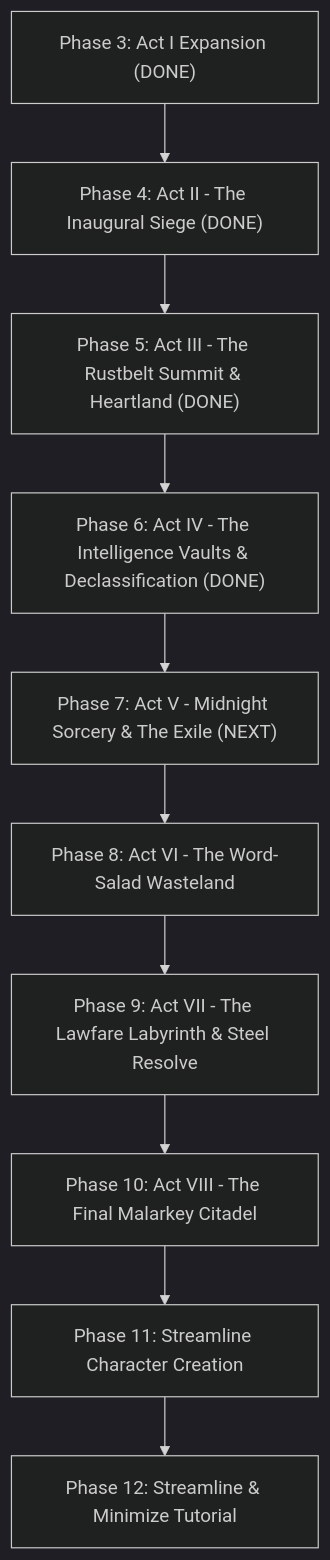
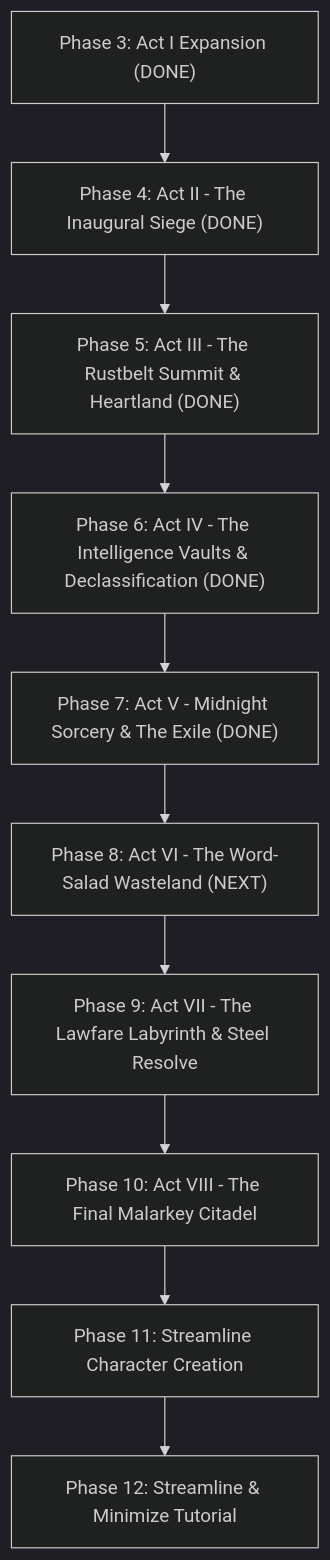
Before and after one commit to Todd0042/commander-america-rpg: the diagram in PROJECT_HANDOFF_PLAN.md, drawn with Mermaid (dark theme). The commit also changed other lines of this file and 4 other files, not shown here.

````diff
--- a/PROJECT_HANDOFF_PLAN.md
+++ b/PROJECT_HANDOFF_PLAN.md
@@ -143,12 +152,12 @@
 ```mermaid
 flowchart TD
     P3["Phase 3: Act I Expansion (DONE)"] --> P4["Phase 4: Act II - The Inaugural Siege (DONE)"]
     P4 --> P5["Phase 5: Act III - The Rustbelt Summit & Heartland (DONE)"]
     P5 --> P6["Phase 6: Act IV - The Intelligence Vaults & Declassification (DONE)"]
-    P6 --> P7["Phase 7: Act V - Midnight Sorcery & The Exile (NEXT)"]
-    P7 --> P8["Phase 8: Act VI - The Word-Salad Wasteland"]
+    P6 --> P7["Phase 7: Act V - Midnight Sorcery & The Exile (DONE)"]
+    P7 --> P8["Phase 8: Act VI - The Word-Salad Wasteland (NEXT)"]
     P8 --> P9["Phase 9: Act VII - The Lawfare Labyrinth & Steel Resolve"]
     P9 --> P10["Phase 10: Act VIII - The Final Malarkey Citadel"]
     P10 --> P11["Phase 11: Streamline Character Creation"]
     P11 --> P12["Phase 12: Streamline & Minimize Tutorial"]
 ```
````
